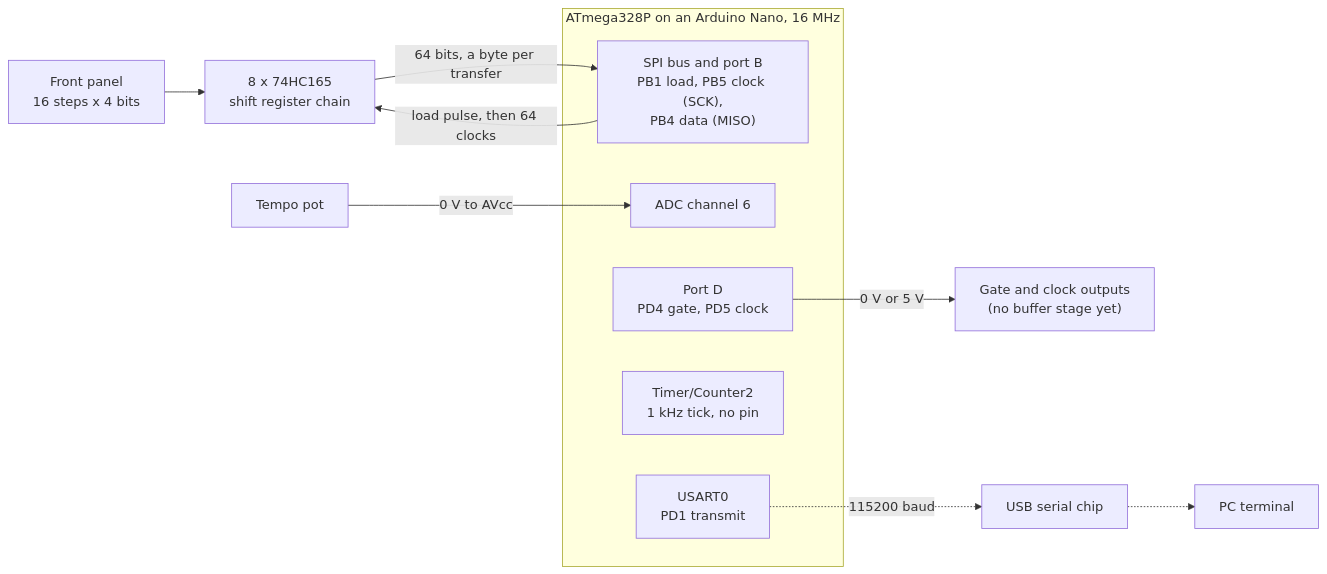
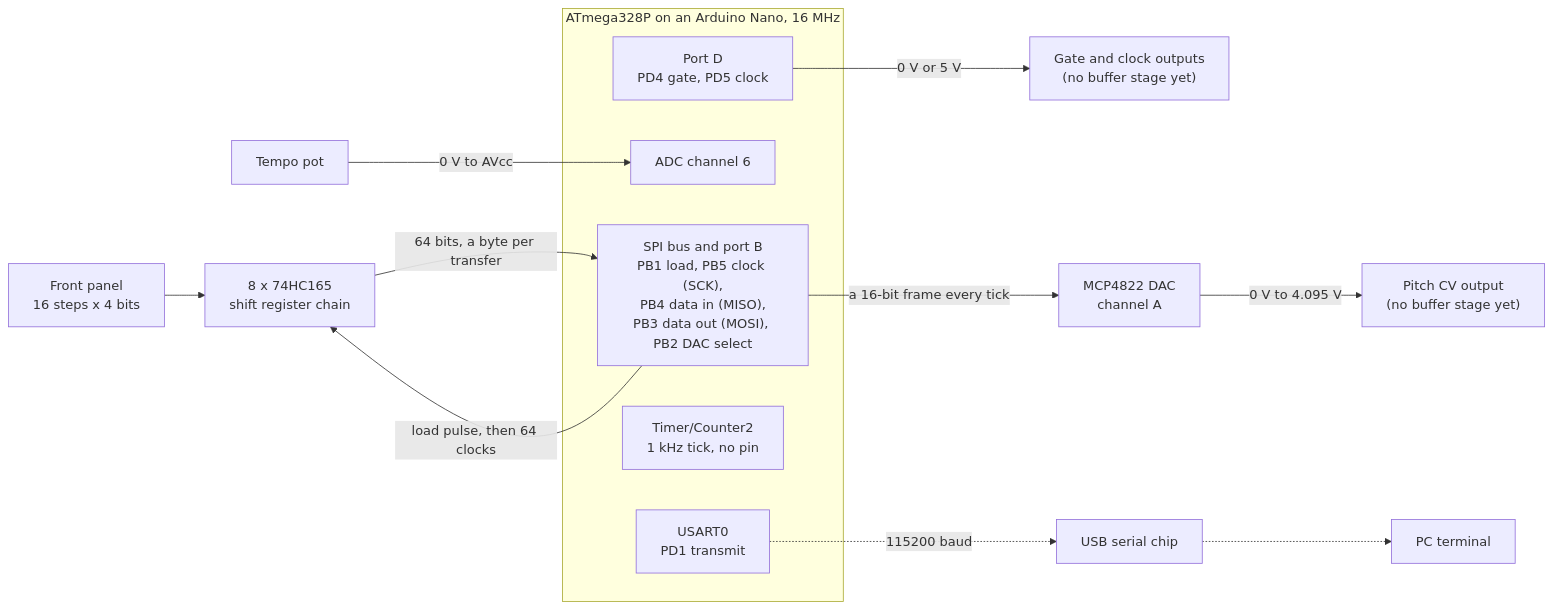
Before and after one commit to BonelessPig/nano_sequencer: the first of 21 diagrams in docs/ARCHITECTURE.md, drawn with Mermaid. The commit also changed other lines of this file and 34 other files, not shown here.

First line of the commit message:
Phase 4: pitch CV through an MCP4822 DAC

````diff
--- a/docs/ARCHITECTURE.md
+++ b/docs/ARCHITECTURE.md
@@ -28,18 +28,20 @@
 ```mermaid
 flowchart LR
     panel["Front panel<br/>16 steps x 4 bits"] --> chain["8 x 74HC165<br/>shift register chain"]
     pot["Tempo pot"]
     subgraph mcu["ATmega328P on an Arduino Nano, 16 MHz"]
-        gpio["SPI bus and port B<br/>PB1 load, PB5 clock (SCK),<br/>PB4 data (MISO)"]
+        gpio["SPI bus and port B<br/>PB1 load, PB5 clock (SCK),<br/>PB4 data in (MISO),<br/>PB3 data out (MOSI), PB2 DAC select"]
         adc["ADC channel 6"]
         usart["USART0<br/>PD1 transmit"]
         timer["Timer/Counter2<br/>1 kHz tick, no pin"]
         outs["Port D<br/>PD4 gate, PD5 clock"]
     end
     outs -->|"0 V or 5 V"| jacks["Gate and clock outputs<br/>(no buffer stage yet)"]
     gpio -->|"load pulse, then 64 clocks"| chain
+    gpio -->|"a 16-bit frame every tick"| dac["MCP4822 DAC<br/>channel A"]
+    dac -->|"0 V to 4.095 V"| cvjack["Pitch CV output<br/>(no buffer stage yet)"]
     chain -->|"64 bits, a byte per transfer"| gpio
     pot -->|"0 V to AVcc"| adc
     usart -.->|"115200 baud"| usb["USB serial chip"]
     usb -.-> pc["PC terminal"]
 ```
````
